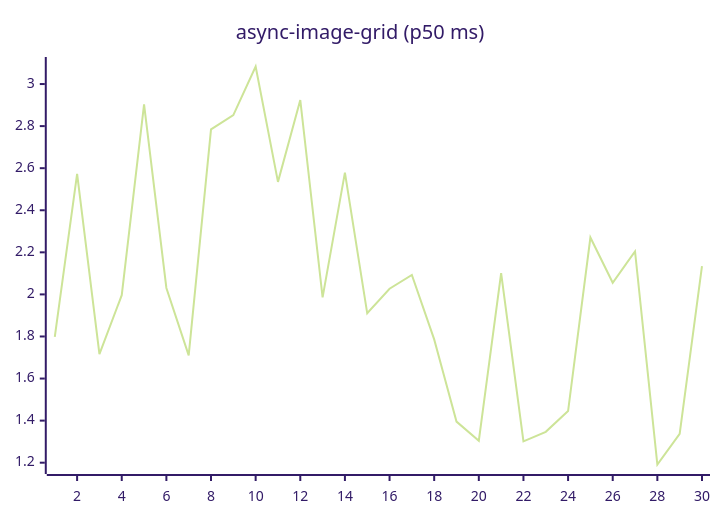
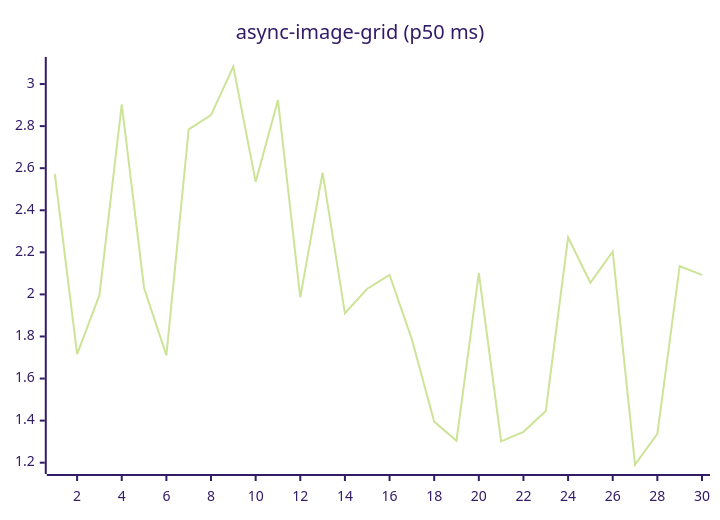
The fifth of 27 diagrams in README.md (josha/Facet), drawn with Mermaid (forest theme) before and after one commit. The commit also changed other lines of this file and 2 other files, not shown here.

````diff
--- a/README.md
+++ b/README.md
@@ -91,6 +91,6 @@
 ```mermaid
 xychart-beta
     title "async-image-grid (p50 ms)"
     x-axis 1 --> 30
-    line [1.7979, 2.5726, 1.7163, 1.9964, 2.9032, 2.0307, 1.7099, 2.7848, 2.8523, 3.0834, 2.5349, 2.9237, 1.9862, 2.5787, 1.9102, 2.0270, 2.0924, 1.7862, 1.3954, 1.3043, 2.1007, 1.3011, 1.3467, 1.4457, 2.2705, 2.0555, 2.2044, 1.1914, 1.3367, 2.1339]
+    line [2.5726, 1.7163, 1.9964, 2.9032, 2.0307, 1.7099, 2.7848, 2.8523, 3.0834, 2.5349, 2.9237, 1.9862, 2.5787, 1.9102, 2.0270, 2.0924, 1.7862, 1.3954, 1.3043, 2.1007, 1.3011, 1.3467, 1.4457, 2.2705, 2.0555, 2.2044, 1.1914, 1.3367, 2.1339, 2.0928]
 ```
````
